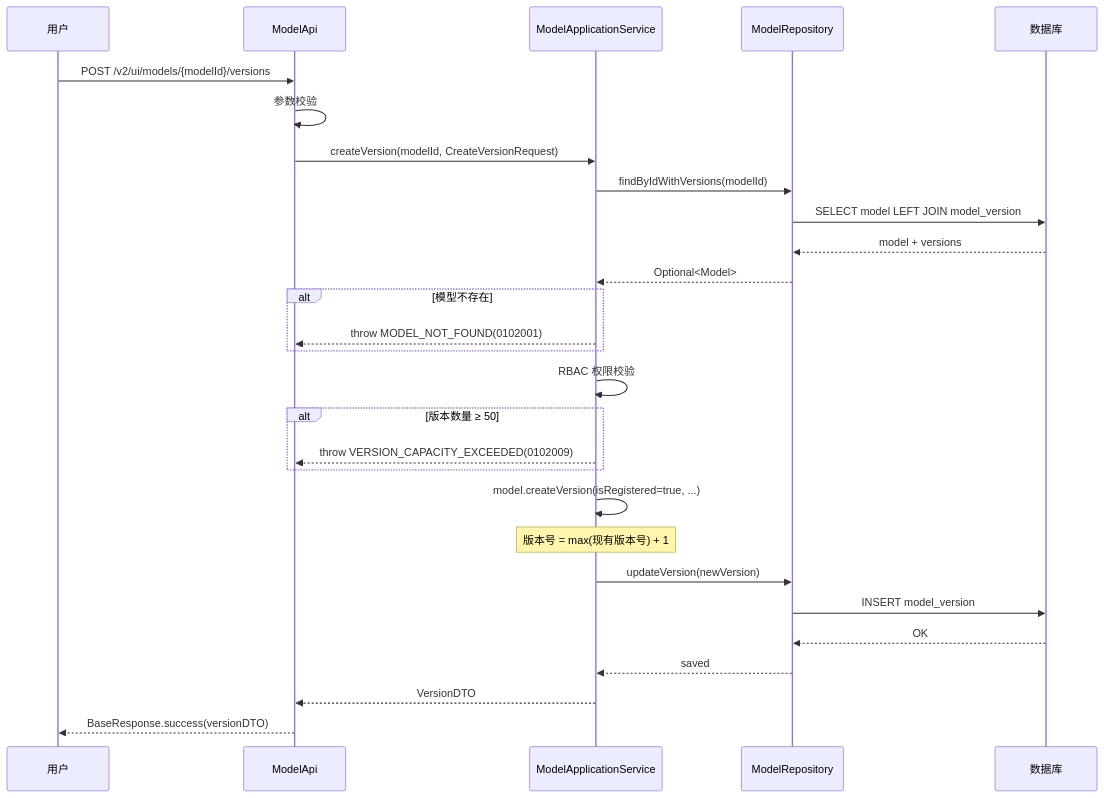
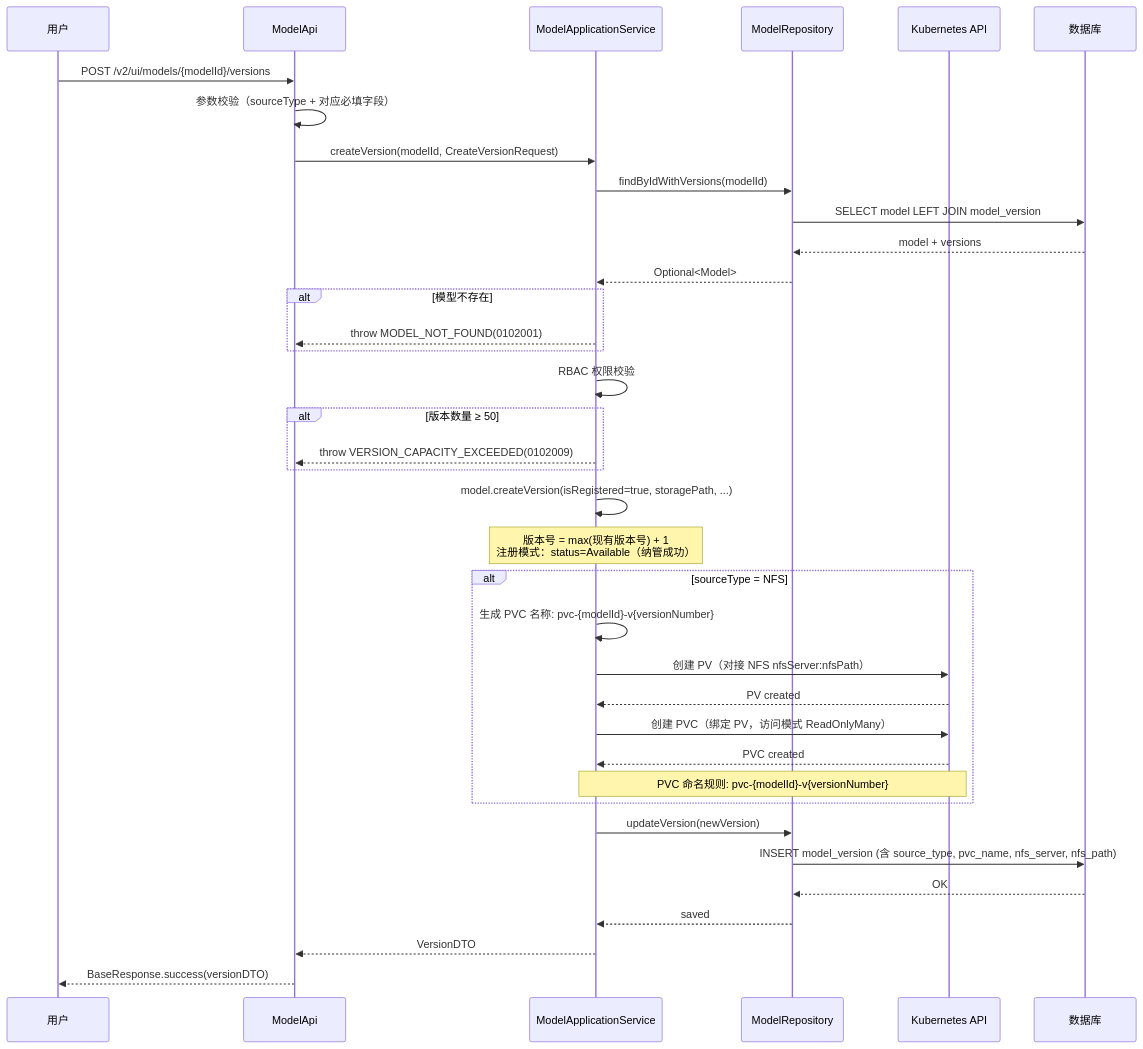
One commit to HaoruiSong622/model-lite-repository changed the seventh of 8 diagrams in .sisyphus/drafts/feature-3-model-version-lifecycle-design.md. Above: the diagram before and after it, drawn with Mermaid. The commit also changed other lines of this file and 1 other file, not shown here.

````diff
--- a/.sisyphus/drafts/feature-3-model-version-lifecycle-design.md
+++ b/.sisyphus/drafts/feature-3-model-version-lifecycle-design.md
@@ -1455,38 +1420,48 @@
 ```mermaid
 sequenceDiagram
     participant User as 用户
     participant Api as ModelApi
     participant AppSvc as ModelApplicationService
     participant ModelRepo as ModelRepository
+    participant K8s as Kubernetes API
     participant DB as 数据库
 
     User->>Api: POST /v2/ui/models/{modelId}/versions
-    Api->>Api: 参数校验
+    Api->>Api: 参数校验（sourceType + 对应必填字段）
     Api->>AppSvc: createVersion(modelId, CreateVersionRequest)
     
     AppSvc->>ModelRepo: findByIdWithVersions(modelId)
     ModelRepo->>DB: SELECT model LEFT JOIN model_version
     DB-->>ModelRepo: model + versions
     ModelRepo-->>AppSvc: Optional<Model>
     
     alt 模型不存在
         AppSvc-->>Api: throw MODEL_NOT_FOUND(0102001)
     end
     
     AppSvc->>AppSvc: RBAC 权限校验
     
     alt 版本数量 ≥ 50
         AppSvc-->>Api: throw VERSION_CAPACITY_EXCEEDED(0102009)
     end
     
-    AppSvc->>AppSvc: model.createVersion(isRegistered=true, ...)
-    Note over AppSvc: 版本号 = max(现有版本号) + 1
+    AppSvc->>AppSvc: model.createVersion(isRegistered=true, storagePath, ...)
+    Note over AppSvc: 版本号 = max(现有版本号) + 1<br/>注册模式：status=Available（纳管成功）
+    
+    alt sourceType = NFS
+        AppSvc->>AppSvc: 生成 PVC 名称: pvc-{modelId}-v{versionNumber}
+        AppSvc->>K8s: 创建 PV（对接 NFS nfsServer:nfsPath）
+        K8s-->>AppSvc: PV created
+        AppSvc->>K8s: 创建 PVC（绑定 PV，访问模式 ReadOnlyMany）
+        K8s-->>AppSvc: PVC created
+        Note over AppSvc,K8s: PVC 命名规则: pvc-{modelId}-v{versionNumber}
+    end
     
     AppSvc->>ModelRepo: updateVersion(newVersion)
-    ModelRepo->>DB: INSERT model_version
+    ModelRepo->>DB: INSERT model_version (含 source_type, pvc_name, nfs_server, nfs_path)
     DB-->>ModelRepo: OK
     ModelRepo-->>AppSvc: saved
     
     AppSvc-->>Api: VersionDTO
     Api-->>User: BaseResponse.success(versionDTO)
 ```
````
